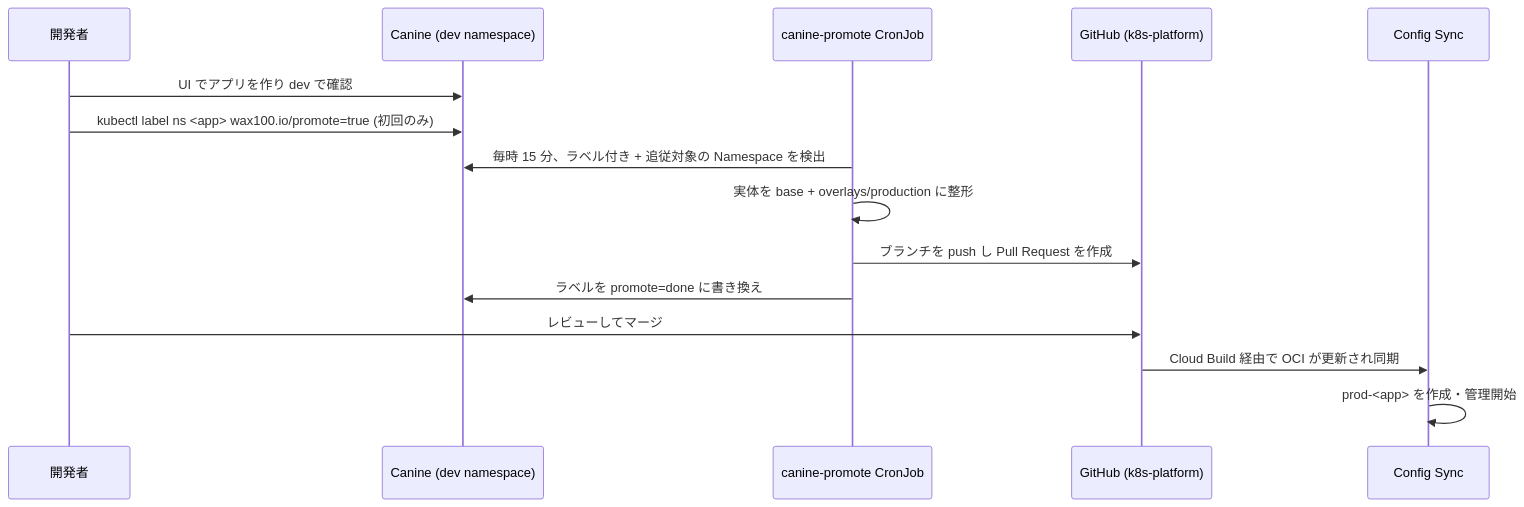
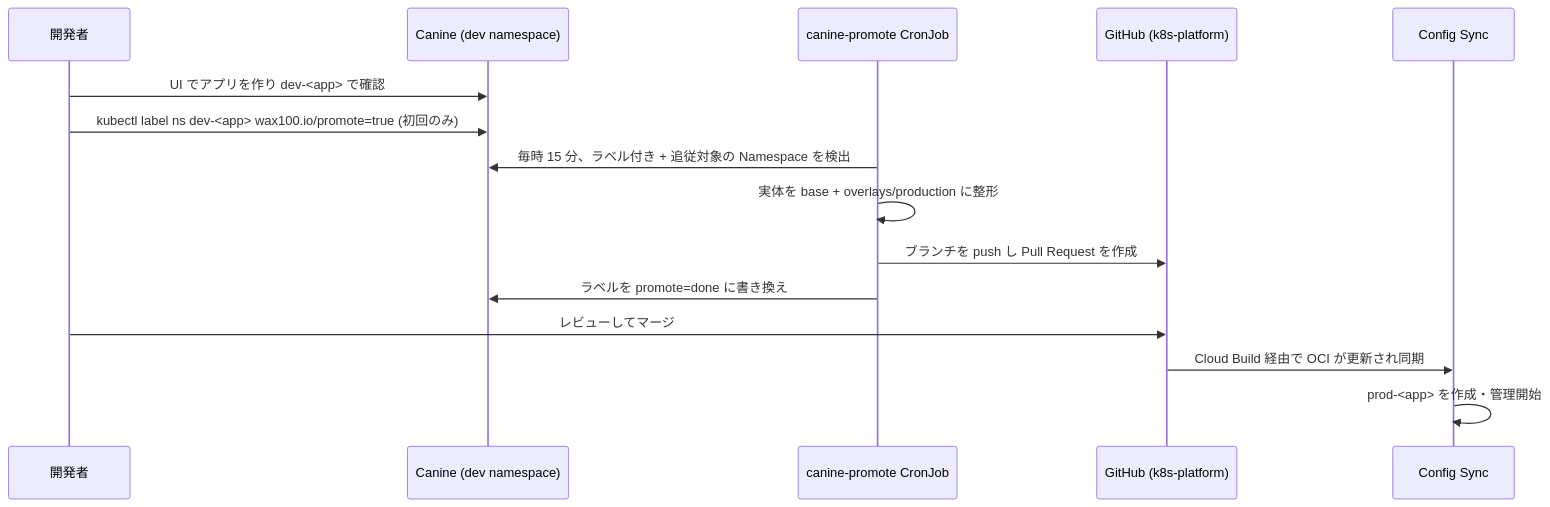
The third of 3 diagrams in docs/DEPLOYMENT_FLOW.md (waxsd100/k8s-platform), drawn with Mermaid before and after one commit. The commit also changed other lines of this file and 15 other files, not shown here.

First line of the commit message:
feat: separate dev and prod apps by namespace, node pool, network and kubectl context

````diff
--- a/docs/DEPLOYMENT_FLOW.md
+++ b/docs/DEPLOYMENT_FLOW.md
@@ -112,18 +116,18 @@
 ```mermaid
 sequenceDiagram
     participant Dev as 開発者
     participant CN as Canine (dev namespace)
     participant PJ as canine-promote CronJob
     participant GH as GitHub (k8s-platform)
     participant CS as Config Sync
 
-    Dev->>CN: UI でアプリを作り dev で確認
-    Dev->>CN: kubectl label ns <app> wax100.io/promote=true (初回のみ)
+    Dev->>CN: UI でアプリを作り dev-<app> で確認
+    Dev->>CN: kubectl label ns dev-<app> wax100.io/promote=true (初回のみ)
     PJ->>CN: 毎時 15 分、ラベル付き + 追従対象の Namespace を検出
     PJ->>PJ: 実体を base + overlays/production に整形
     PJ->>GH: ブランチを push し Pull Request を作成
     PJ->>CN: ラベルを promote=done に書き換え
     Dev->>GH: レビューしてマージ
     GH->>CS: Cloud Build 経由で OCI が更新され同期
     CS->>CS: prod-<app> を作成・管理開始
 ```
````
